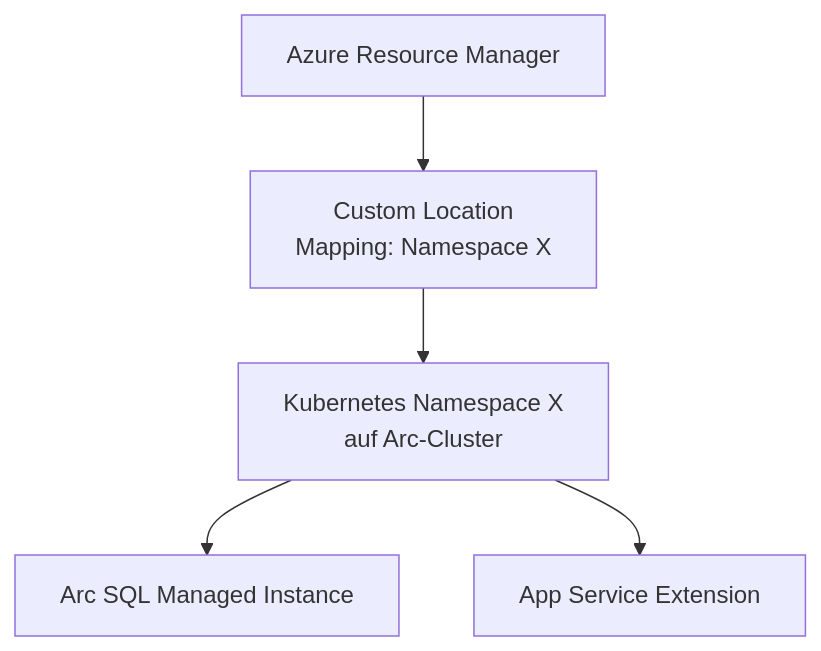
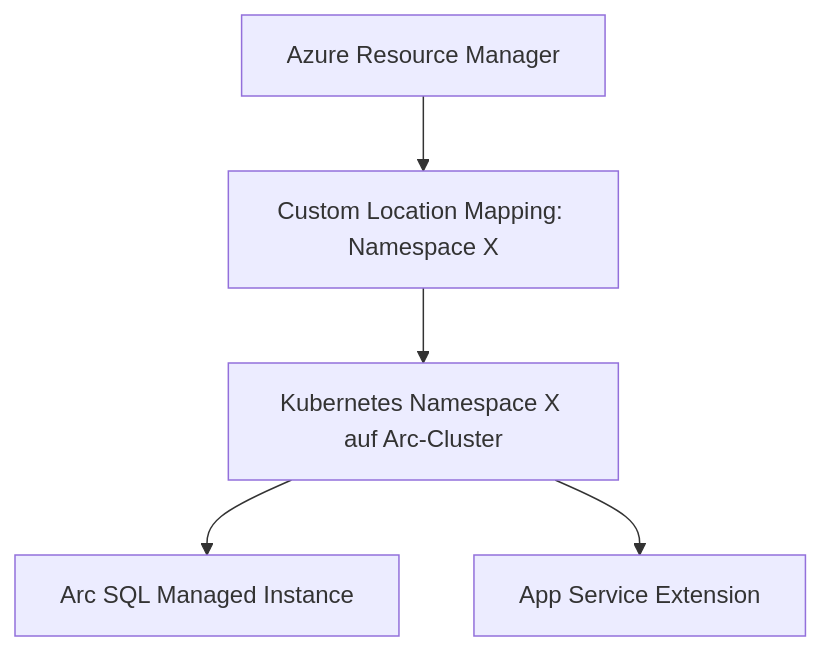
Before and after one commit to SoniiiT/notes-n-docs: the sixth of 6 diagrams in Microsoft 365/Azure/Arc/Arc-fähige Kubernetes.md, drawn with Mermaid. The commit also changed other lines of this file and 124 other files, not shown here.

First line of the commit message:
fix: Entferne \n aus allen Mermaid-Diagrammen (125 Dateien)

````diff
--- a/Microsoft 365/Azure/Arc/Arc-fähige Kubernetes.md
+++ b/Microsoft 365/Azure/Arc/Arc-fähige Kubernetes.md
@@ -335,13 +335,13 @@
 ```mermaid
 graph TD
     ARM[Azure Resource Manager]
-    CL[Custom Location\nMapping: Namespace X]
-    K8S_NS[Kubernetes Namespace X\nauf Arc-Cluster]
+    CL[Custom Location Mapping: Namespace X]
+    K8S_NS[Kubernetes Namespace X auf Arc-Cluster]
     SQLMI[Arc SQL Managed Instance]
     APPSERVICE[App Service Extension]
 
     ARM --> CL
     CL --> K8S_NS
     K8S_NS --> SQLMI
     K8S_NS --> APPSERVICE
 ```
````
